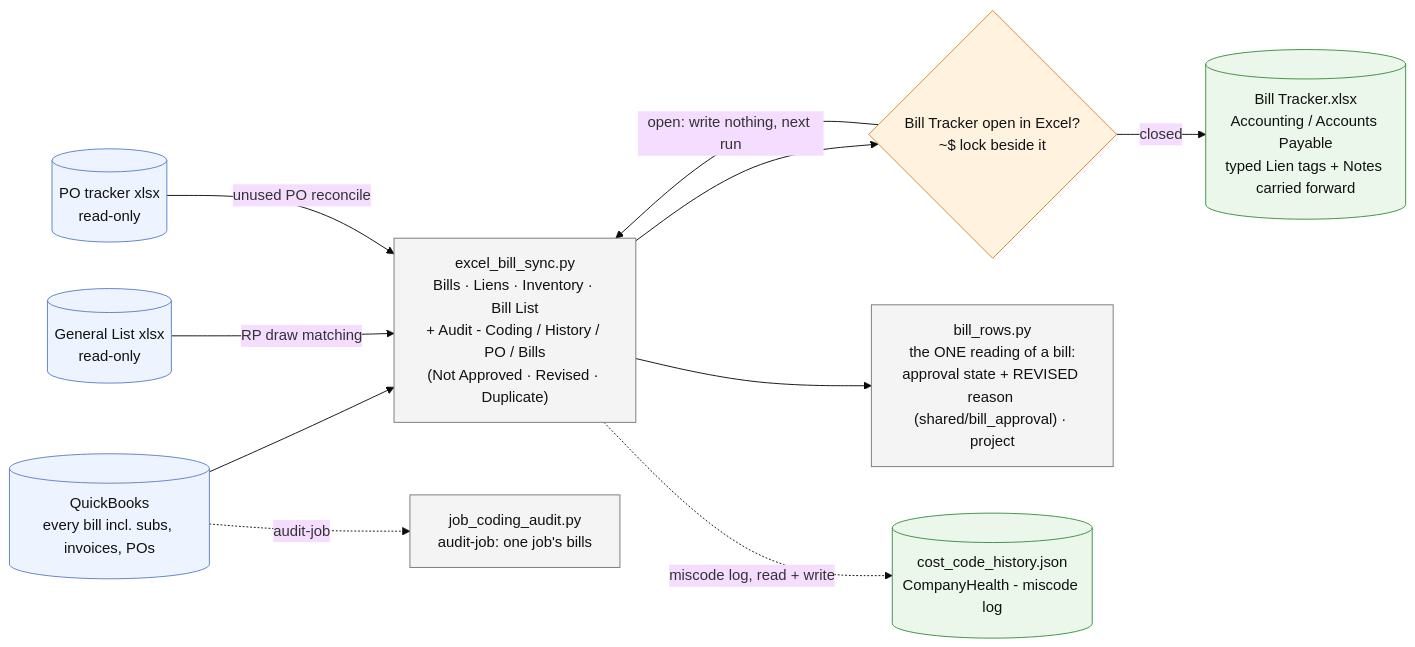
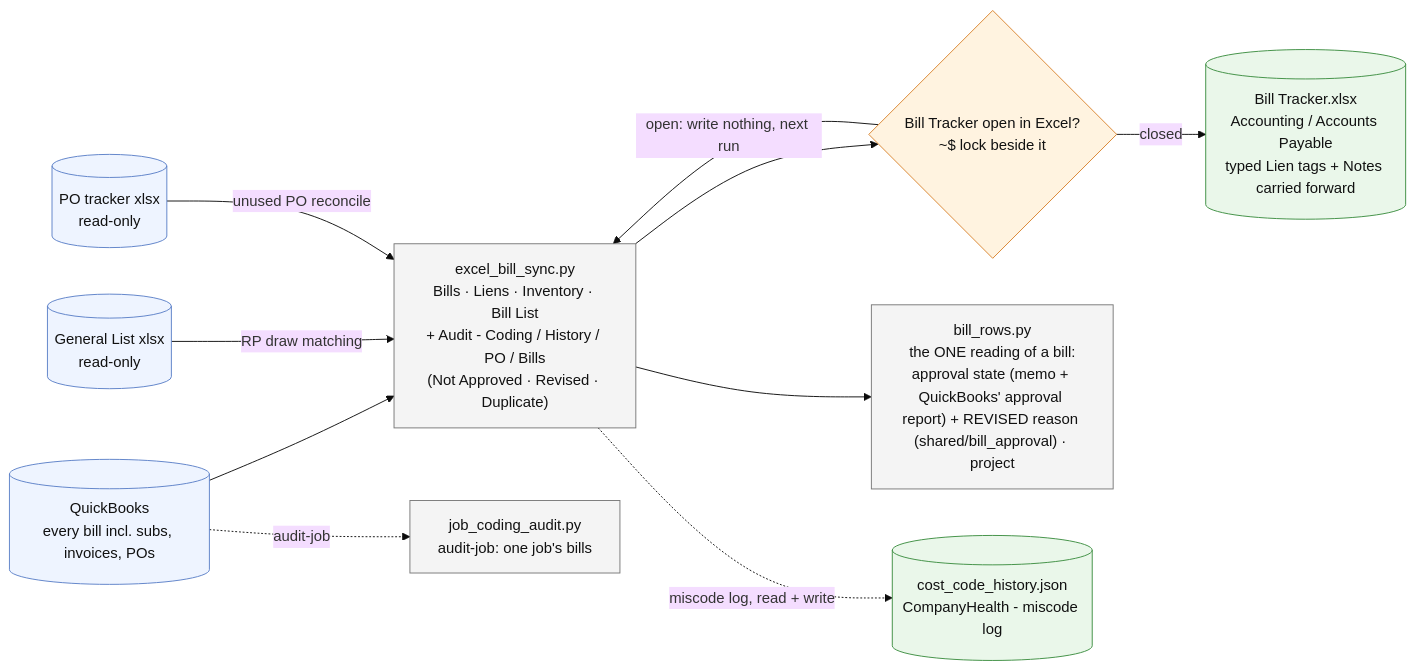
One commit to Ecarlo-Proficient/Claude-Report changed the diagram in bill-tracker/FLOW.md. Above: the diagram before and after it, drawn with Mermaid (base theme). The commit also changed other lines of this file and 18 other files, not shown here.

````diff
--- a/bill-tracker/FLOW.md
+++ b/bill-tracker/FLOW.md
@@ -8,28 +8,28 @@
 ```mermaid
 flowchart LR
     classDef src fill:#eef4ff,stroke:#5b7fc7,color:#111
     classDef tool fill:#f4f4f4,stroke:#777,color:#111
     classDef gate fill:#fff3e0,stroke:#d9822b,color:#111
     classDef out fill:#eaf7ea,stroke:#3c8d40,color:#111
 
     QBO[("QuickBooks<br/>every bill incl. subs, invoices, POs")]:::src
     GL[("General List xlsx<br/>read-only")]:::src
     POT[("PO tracker xlsx<br/>read-only")]:::src
     LOCK{"Bill Tracker open in Excel?<br/>~$ lock beside it"}:::gate
 
     BT["excel_bill_sync.py<br/>Bills · Liens · Inventory · Bill List<br/>+ Audit - Coding / History / PO / Bills<br/>(Not Approved · Revised · Duplicate)"]:::tool
-    BR["bill_rows.py<br/>the ONE reading of a bill:<br/>approval state + REVISED reason (shared/bill_approval) · project"]:::tool
+    BR["bill_rows.py<br/>the ONE reading of a bill:<br/>approval state (memo + QuickBooks' approval report) + REVISED reason (shared/bill_approval) · project"]:::tool
     JCA["job_coding_audit.py<br/>audit-job: one job's bills"]:::tool
 
     BX[("Bill Tracker.xlsx<br/>Accounting / Accounts Payable<br/>typed Lien tags + Notes carried forward")]:::out
     CCH[("cost_code_history.json<br/>CompanyHealth - miscode log")]:::out
 
     QBO --> BT
     BT --> BR
     GL -- "RP draw matching" --> BT
     POT -- "unused PO reconcile" --> BT
     BT --> LOCK -- "closed" --> BX
     LOCK -- "open: write nothing, next run" --> BT
     BT -. "miscode log, read + write" .-> CCH
     QBO -. "audit-job" .-> JCA
 ```
````
